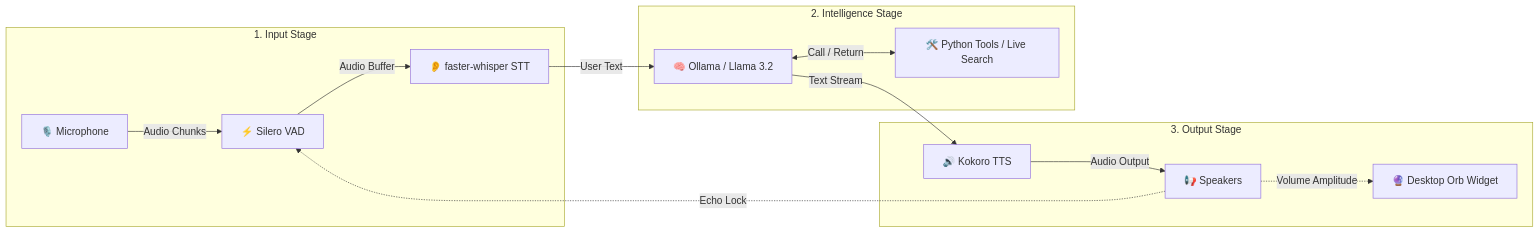
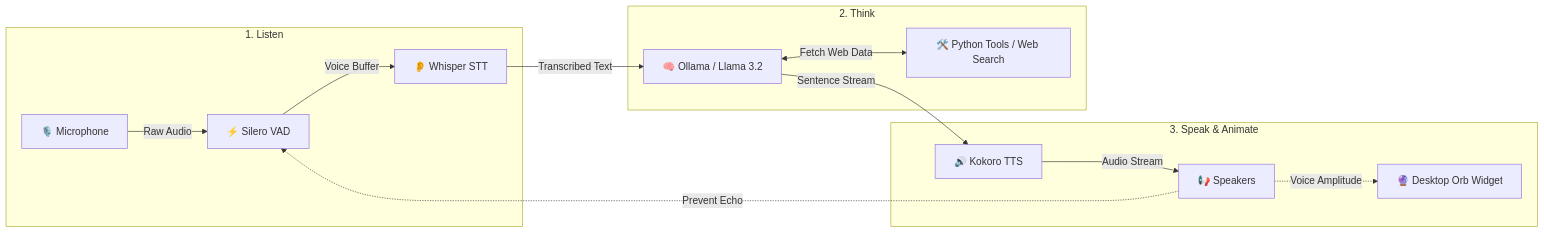
One commit to saikrishnaallam/jarvis_ai changed the diagram in README.md. Above: the diagram before and after it, drawn with Mermaid. The commit also changed other lines of this file, not shown here.

Commit message:
Redesign README.md to be clean, intuitive, and beginner-friendly with Quick Start, Capability tables, and clear visual diagrams

````diff
--- a/README.md
+++ b/README.md
@@ -36,19 +51,19 @@
 ```mermaid
 flowchart LR
-    subgraph Input ["1. Input Stage"]
-        A[🎙️ Microphone] -->|Audio Chunks| B[⚡ Silero VAD]
-        B -->|Audio Buffer| C[👂 faster-whisper STT]
+    subgraph Stage1 ["1. Listen"]
+        A[🎙️ Microphone] -->|Raw Audio| B[⚡ Silero VAD]
+        B -->|Voice Buffer| C[👂 Whisper STT]
     end
 
-    subgraph Core ["2. Intelligence Stage"]
-        C -->|User Text| D[🧠 Ollama / Llama 3.2]
-        D <-->|Call / Return| E[🛠️ Python Tools / Live Search]
+    subgraph Stage2 ["2. Think"]
+        C -->|Transcribed Text| D[🧠 Ollama / Llama 3.2]
+        D <-->|Fetch Web Data| E[🛠️ Python Tools / Web Search]
     end
 
-    subgraph Output ["3. Output Stage"]
-        D -->|Text Stream| F[🔊 Kokoro TTS]
-        F -->|Audio Output| G[📢 Speakers]
-        G -.->|Volume Amplitude| H[🔮 Desktop Orb Widget]
-        G -.->|Echo Lock| B
+    subgraph Stage3 ["3. Speak & Animate"]
+        D -->|Sentence Stream| F[🔊 Kokoro TTS]
+        F -->|Audio Stream| G[📢 Speakers]
+        G -.->|Voice Amplitude| H[🔮 Desktop Orb Widget]
+        G -.->|Prevent Echo| B
     end
 ```
````
